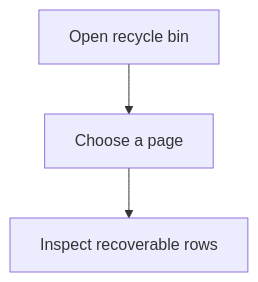
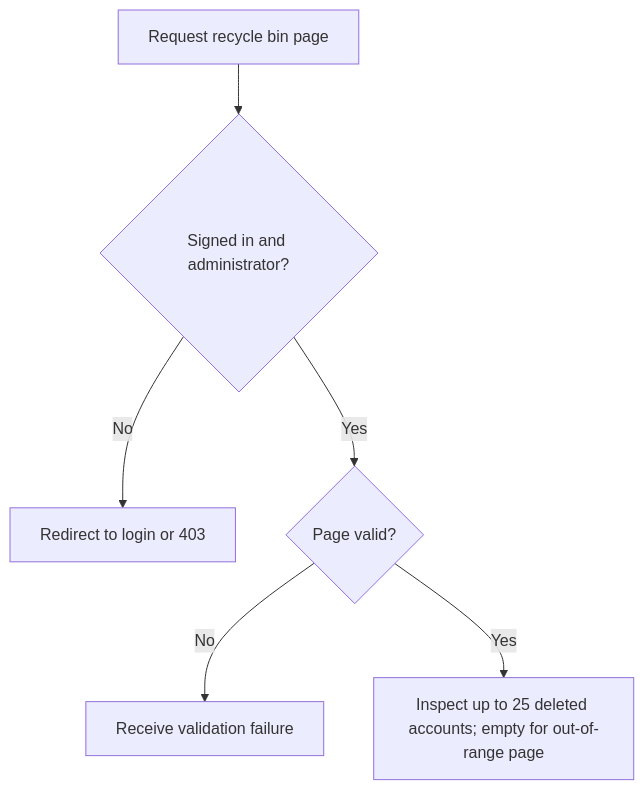
Before and after one commit to Kevinjohn/oss-adonisjs-lucid-soft-delete: the first of 2 diagrams in user-stories/example-apps/us-demo-09-inertia-list.md, drawn with Mermaid. The commit also changed other lines of this file and 22 other files, not shown here.

Commit message:
docs: verify user story paths and Mermaid flows against implementation

````diff
--- a/user-stories/example-apps/us-demo-09-inertia-list.md
+++ b/user-stories/example-apps/us-demo-09-inertia-list.md
@@ -20,4 +20,8 @@
 ```mermaid
 flowchart TD
-    A["Open recycle bin"] --> B["Choose a page"] --> C["Inspect recoverable rows"]
+    A["Request recycle bin page"] --> B{"Signed in and administrator?"}
+    B -->|No| C["Redirect to login or 403"]
+    B -->|Yes| D{"Page valid?"}
+    D -->|No| E["Receive validation failure"]
+    D -->|Yes| F["Inspect up to 25 deleted accounts; empty for out-of-range page"]
 ```
````
